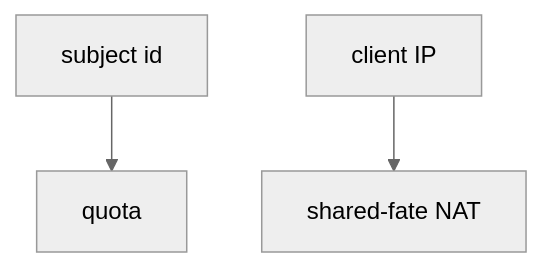
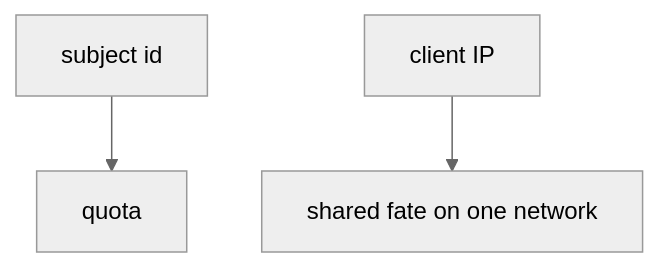
Before and after one commit to ishitvagoel/LearnSecurity: the first of 2 diagrams in content/modules/6/6.7/lessons/02-model.md, drawn with Mermaid (neutral theme). The commit also changed other lines of this file and 55 other files, not shown here.

````diff
--- a/content/modules/6/6.7/lessons/02-model.md
+++ b/content/modules/6/6.7/lessons/02-model.md
@@ -15,5 +16,5 @@
 ```mermaid
 flowchart TD
   Sub[subject id] --> Q[quota]
-  IP[client IP] --> Shared[shared-fate NAT]
+  IP[client IP] --> Shared[shared fate on one network]
 ```
````
